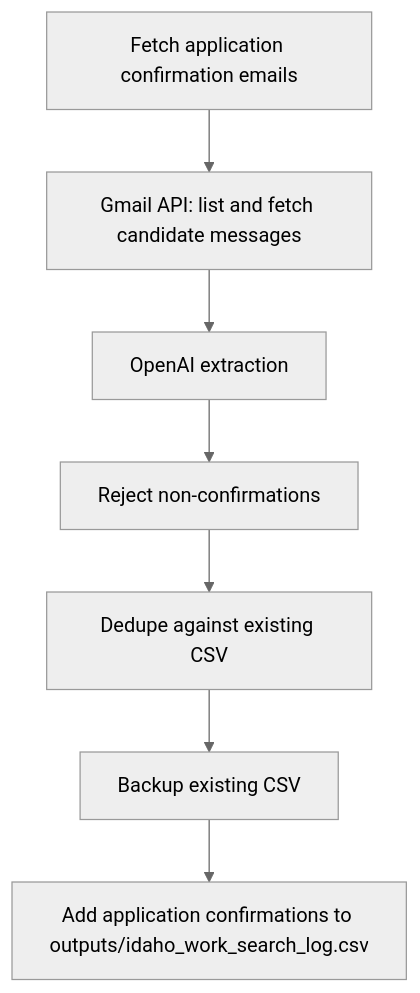
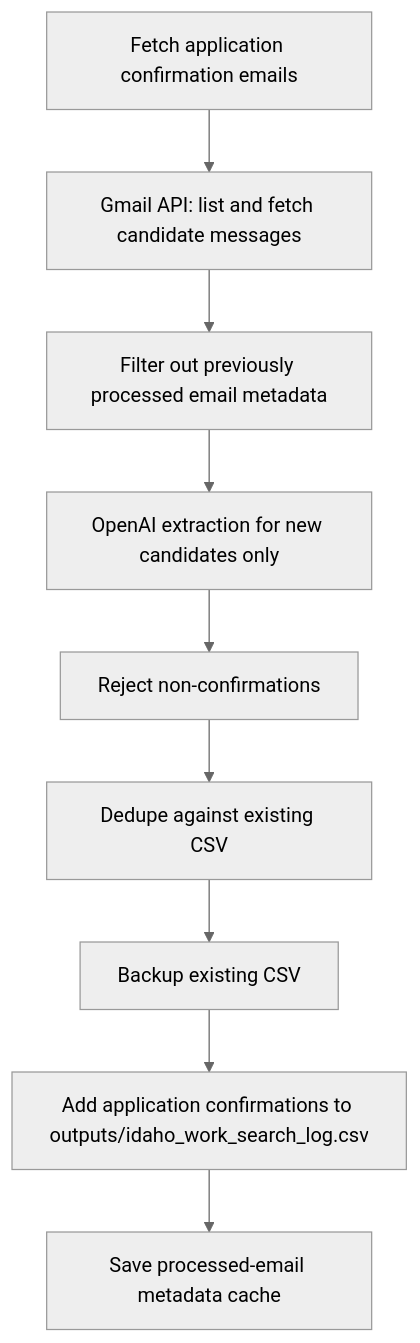
Before and after one commit to idahotallpaul/work-search-reporter: the third of 6 diagrams in README.md, drawn with Mermaid (neutral theme). The commit also changed other lines of this file and 9 other files, not shown here.

First line of the commit message:
Skip previously processed email candidates before OpenAI

````diff
--- a/README.md
+++ b/README.md
@@ -155,9 +161,11 @@
 ```mermaid
 flowchart TD
   A["Fetch application confirmation emails"] --> B["Gmail API: list and fetch candidate messages"]
-  B --> C["OpenAI extraction"]
-  C --> D["Reject non-confirmations"]
-  D --> E["Dedupe against existing CSV"]
-  E --> F["Backup existing CSV"]
-  F --> G["Add application confirmations to outputs/idaho_work_search_log.csv"]
+  B --> C["Filter out previously processed email metadata"]
+  C --> D["OpenAI extraction for new candidates only"]
+  D --> E["Reject non-confirmations"]
+  E --> F["Dedupe against existing CSV"]
+  F --> G["Backup existing CSV"]
+  G --> H["Add application confirmations to outputs/idaho_work_search_log.csv"]
+  H --> I["Save processed-email metadata cache"]
 ```
````
